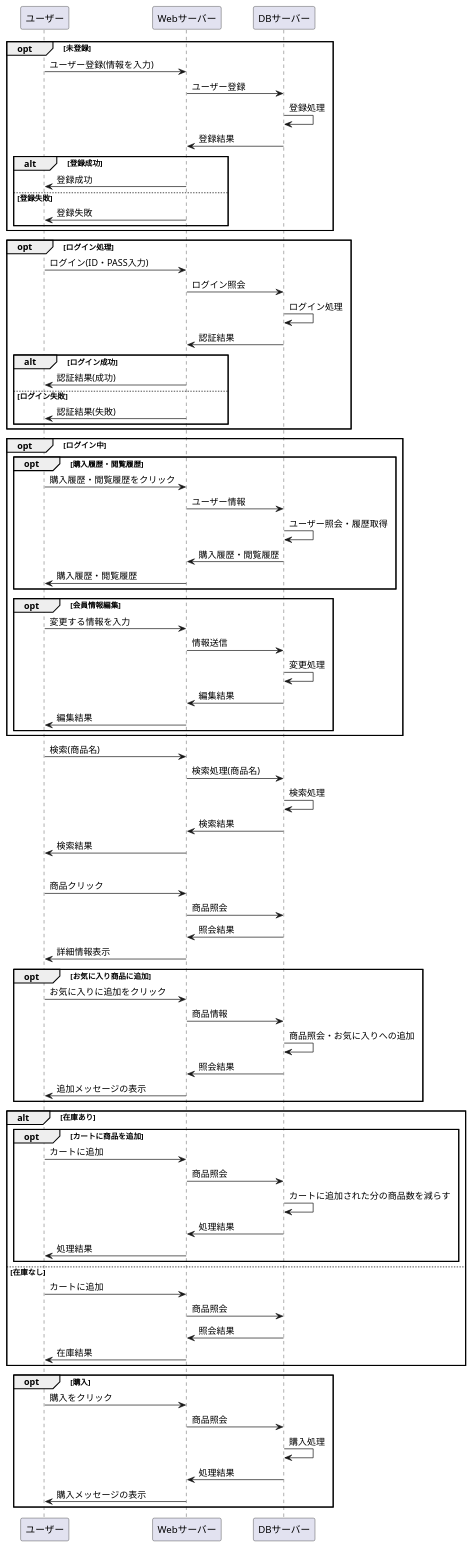
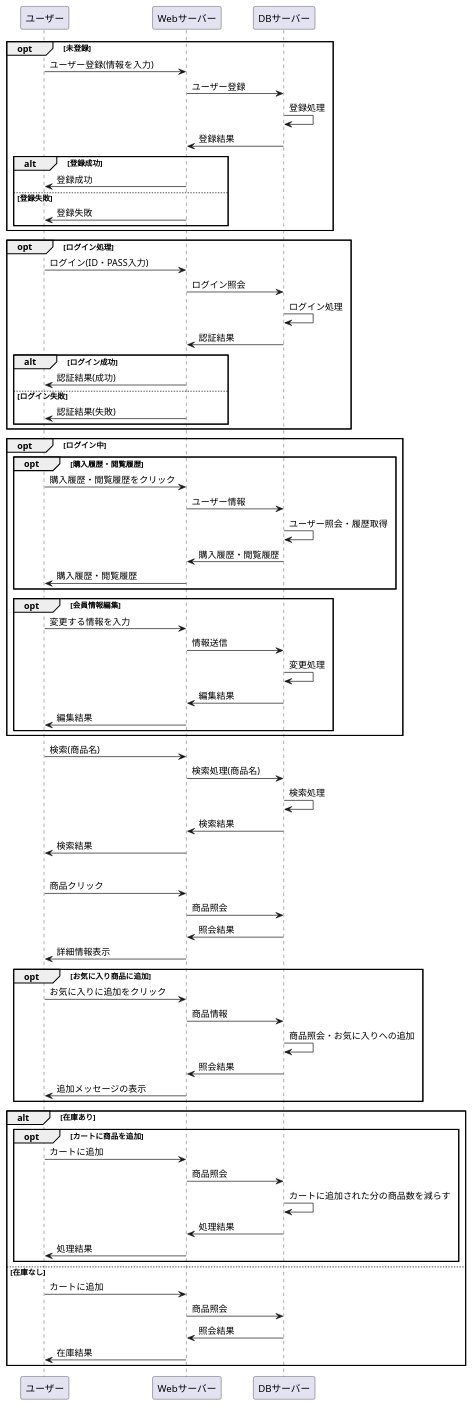
The diagram in システム開発/業務フロー/業務フロー.md (Aso2001163/2021sys-design-2), drawn with PlantUML before and after one commit.

````diff
--- a/システム開発/業務フロー/業務フロー.md
+++ b/システム開発/業務フロー/業務フロー.md
@@ -82,13 +82,5 @@
 Webサーバー -> ユーザー : 在庫結果
 end
 
-opt 購入
-ユーザー -> Webサーバー : 購入をクリック
-Webサーバー -> DBサーバー : 商品照会
-DBサーバー -> DBサーバー : 購入処理
-DBサーバー -> Webサーバー : 処理結果
-Webサーバー -> ユーザー : 購入メッセージの表示
-end
-
 @enduml
 ```
````
